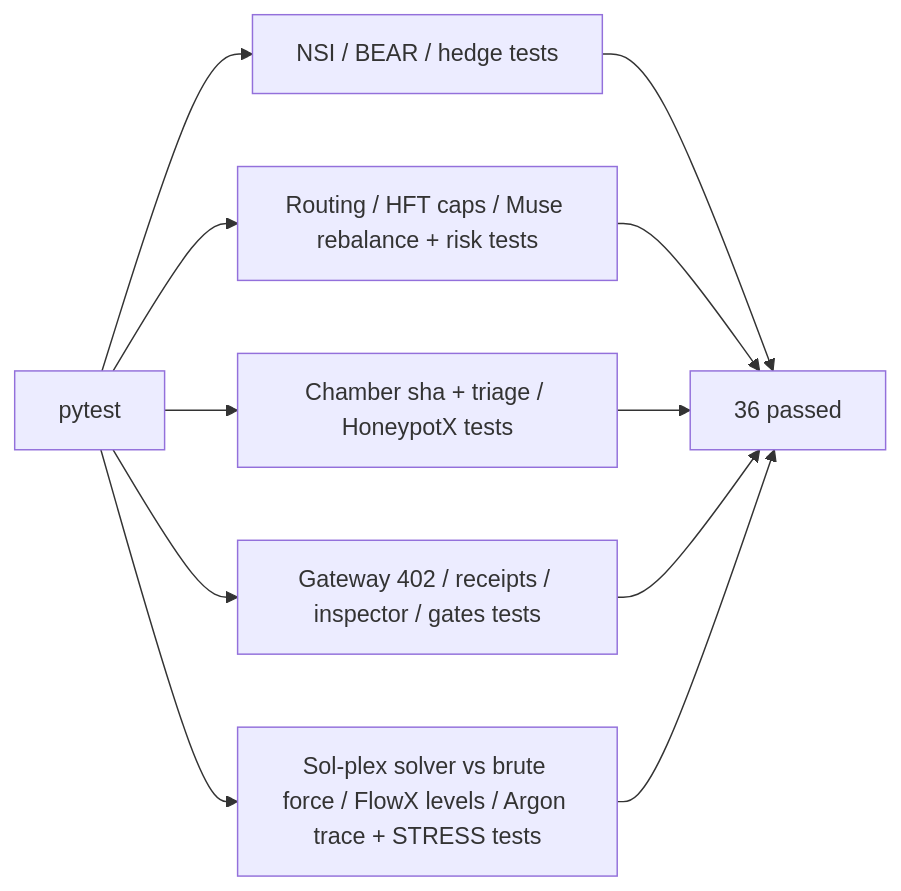
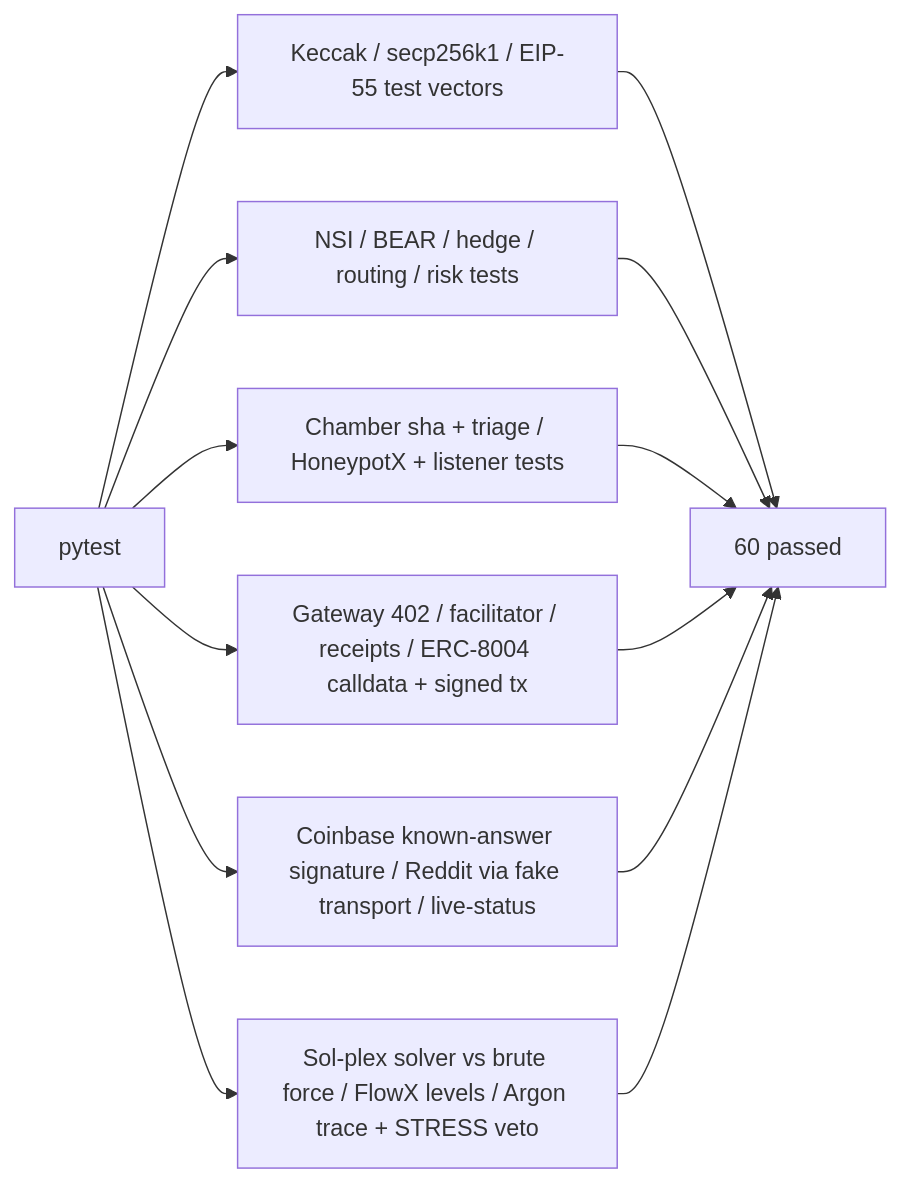
One commit to kimanicollier44-cmyk/omni-agent-traderx changed the fourth of 6 diagrams in README.md. Above: the diagram before and after it, drawn with Mermaid. The commit also changed other lines of this file and 3 other files, not shown here.

Commit message:
omni-agent-traderx: FULLY FUNCTIONAL - real keccak/secp256k1 signing, x402 facilitator verify/settle, ERC-8004 registration tx, live HFT/Coinbase/Reddit/RPC paths, honeypot listener, live-status config gates (no HOLD stubs)

````diff
--- a/README.md
+++ b/README.md
@@ -172,13 +186,15 @@
 ```mermaid
 flowchart LR
-    A[pytest] --> B[NSI / BEAR / hedge tests]
-    A --> C[Routing / HFT caps / Muse rebalance + risk tests]
-    A --> D[Chamber sha + triage / HoneypotX tests]
-    A --> E[Gateway 402 / receipts / inspector / gates tests]
-    A --> G[Sol-plex solver vs brute force / FlowX levels / Argon trace + STRESS tests]
-    B --> F[36 passed]
+    A[pytest] --> B[Keccak / secp256k1 / EIP-55 test vectors]
+    A --> C[NSI / BEAR / hedge / routing / risk tests]
+    A --> D[Chamber sha + triage / HoneypotX + listener tests]
+    A --> E[Gateway 402 / facilitator / receipts / ERC-8004 calldata + signed tx]
+    A --> G[Coinbase known-answer signature / Reddit via fake transport / live-status]
+    A --> H[Sol-plex solver vs brute force / FlowX levels / Argon trace + STRESS veto]
+    B --> F[60 passed]
     C --> F
     D --> F
     E --> F
     G --> F
+    H --> F
 ```
````
